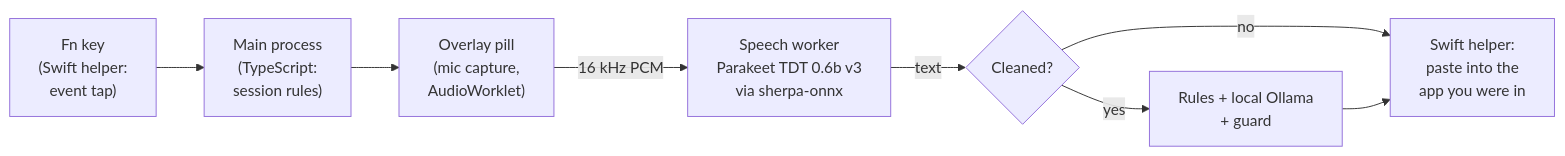
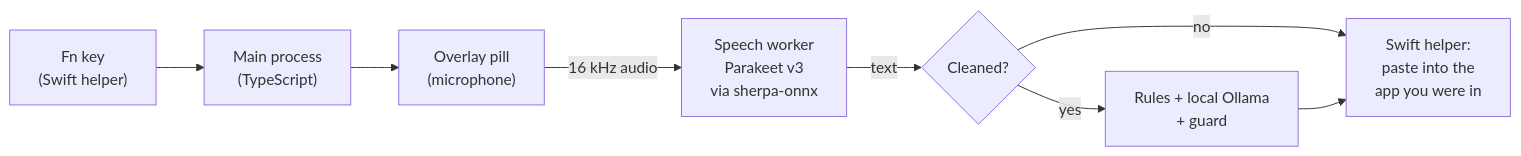
One commit to yravinderkumar33/say-the-word changed the diagram in README.md. Above: the diagram before and after it, drawn with Mermaid. The commit also changed other lines of this file and 1 other file, not shown here.

````diff
--- a/README.md
+++ b/README.md
@@ -94,9 +105,9 @@
 ```mermaid
 flowchart LR
-    K["Fn key<br/>(Swift helper:<br/>event tap)"] --> M["Main process<br/>(TypeScript:<br/>session rules)"]
-    M --> O["Overlay pill<br/>(mic capture,<br/>AudioWorklet)"]
-    O -- 16 kHz PCM --> S["Speech worker<br/>Parakeet TDT 0.6b v3<br/>via sherpa-onnx"]
+    K["Fn key<br/>(Swift helper)"] --> M["Main process<br/>(TypeScript)"]
+    M --> O["Overlay pill<br/>(microphone)"]
+    O -- 16 kHz audio --> S["Speech worker<br/>Parakeet v3<br/>via sherpa-onnx"]
     S -- text --> C{"Cleaned?"}
     C -- no --> P
     C -- yes --> R["Rules + local Ollama<br/>+ guard"] --> P["Swift helper:<br/>paste into the<br/>app you were in"]
 ```
````
